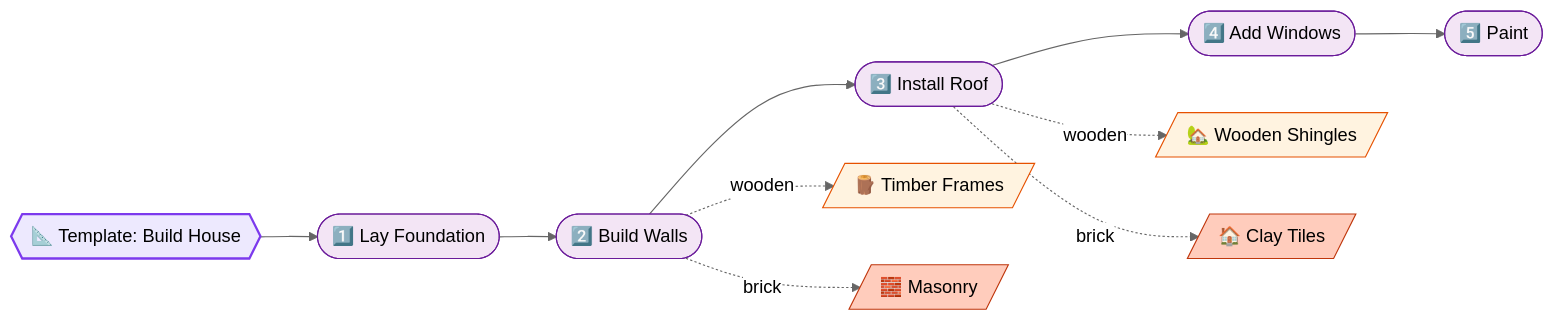
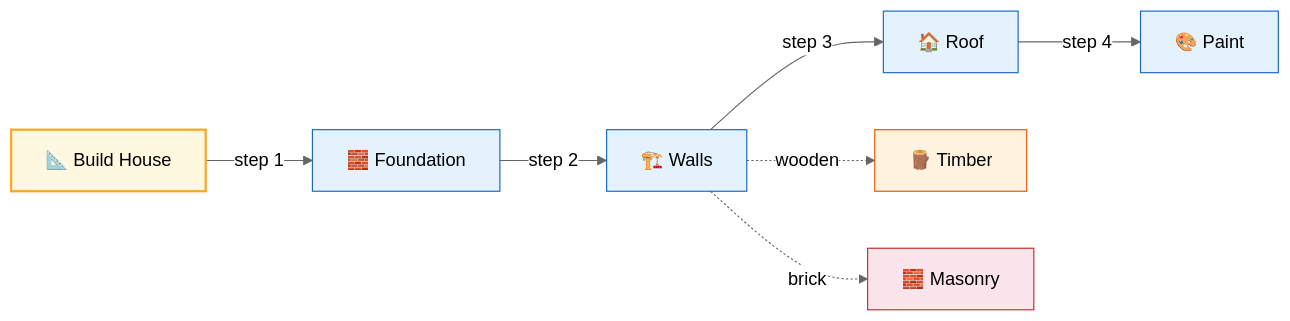
The first of 3 diagrams in docs/designpatterns/behaviouralDesignPatterns/TemplateDp.md (saivamsikaruturi/vamsilabs-dev-notes-main), drawn with Mermaid (neutral theme) before and after one commit. The commit also changed other lines of this file and 42 other files, not shown here.

````diff
--- a/docs/designpatterns/behaviouralDesignPatterns/TemplateDp.md
+++ b/docs/designpatterns/behaviouralDesignPatterns/TemplateDp.md
@@ -12,25 +12,14 @@
 ```mermaid
 flowchart LR
-    T{{"📐 Template: Build House"}}
-    T --> S1(["1️⃣ Lay Foundation"])
-    S1 --> S2(["2️⃣ Build Walls"])
-    S2 --> S3(["3️⃣ Install Roof"])
-    S3 --> S4(["4️⃣ Add Windows"])
-    S4 --> S5(["5️⃣ Paint"])
-    
-    S2 -.->|wooden| W[/"🪵 Timber Frames"/]
-    S2 -.->|brick| B[/"🧱 Masonry"/]
-    S3 -.->|wooden| WR[/"🏡 Wooden Shingles"/]
-    S3 -.->|brick| BR[/"🏠 Clay Tiles"/]
-    
-    style T fill:#EDE9FE,stroke:#7C3AED,stroke-width:2px,color:#000
-    style S1 fill:#F3E5F5,stroke:#6A1B9A,color:#000
-    style S2 fill:#F3E5F5,stroke:#6A1B9A,color:#000
-    style S3 fill:#F3E5F5,stroke:#6A1B9A,color:#000
-    style S4 fill:#F3E5F5,stroke:#6A1B9A,color:#000
-    style S5 fill:#F3E5F5,stroke:#6A1B9A,color:#000
+    T["📐 Build House"] -->|"step 1"| S1["🧱 Foundation"] -->|"step 2"| S2["🏗️ Walls"] -->|"step 3"| S3["🏠 Roof"] -->|"step 4"| S4["🎨 Paint"]
+    S2 -.->|"wooden"| W["🪵 Timber"]
+    S2 -.->|"brick"| B["🧱 Masonry"]
+
+    style T fill:#FFF8E1,stroke:#F9A825,stroke-width:2px,color:#000
+    style S1 fill:#E3F2FD,stroke:#1565C0,color:#000
+    style S2 fill:#E3F2FD,stroke:#1565C0,color:#000
+    style S3 fill:#E3F2FD,stroke:#1565C0,color:#000
+    style S4 fill:#E3F2FD,stroke:#1565C0,color:#000
     style W fill:#FFF3E0,stroke:#E65100,color:#000
-    style B fill:#FFCCBC,stroke:#BF360C,color:#000
-    style WR fill:#FFF3E0,stroke:#E65100,color:#000
-    style BR fill:#FFCCBC,stroke:#BF360C,color:#000
+    style B fill:#FCE4EC,stroke:#C62828,color:#000
 ```
````
